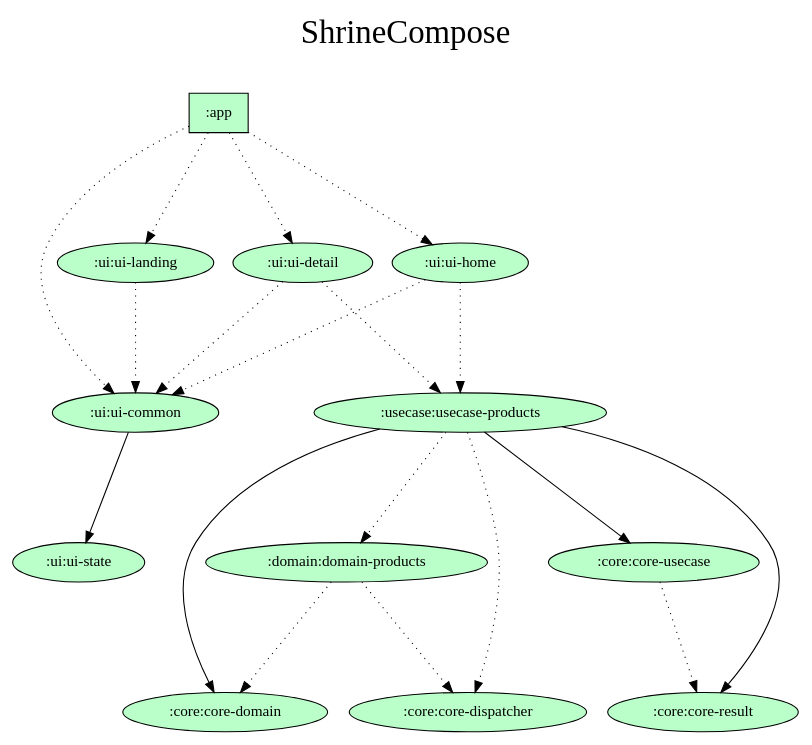
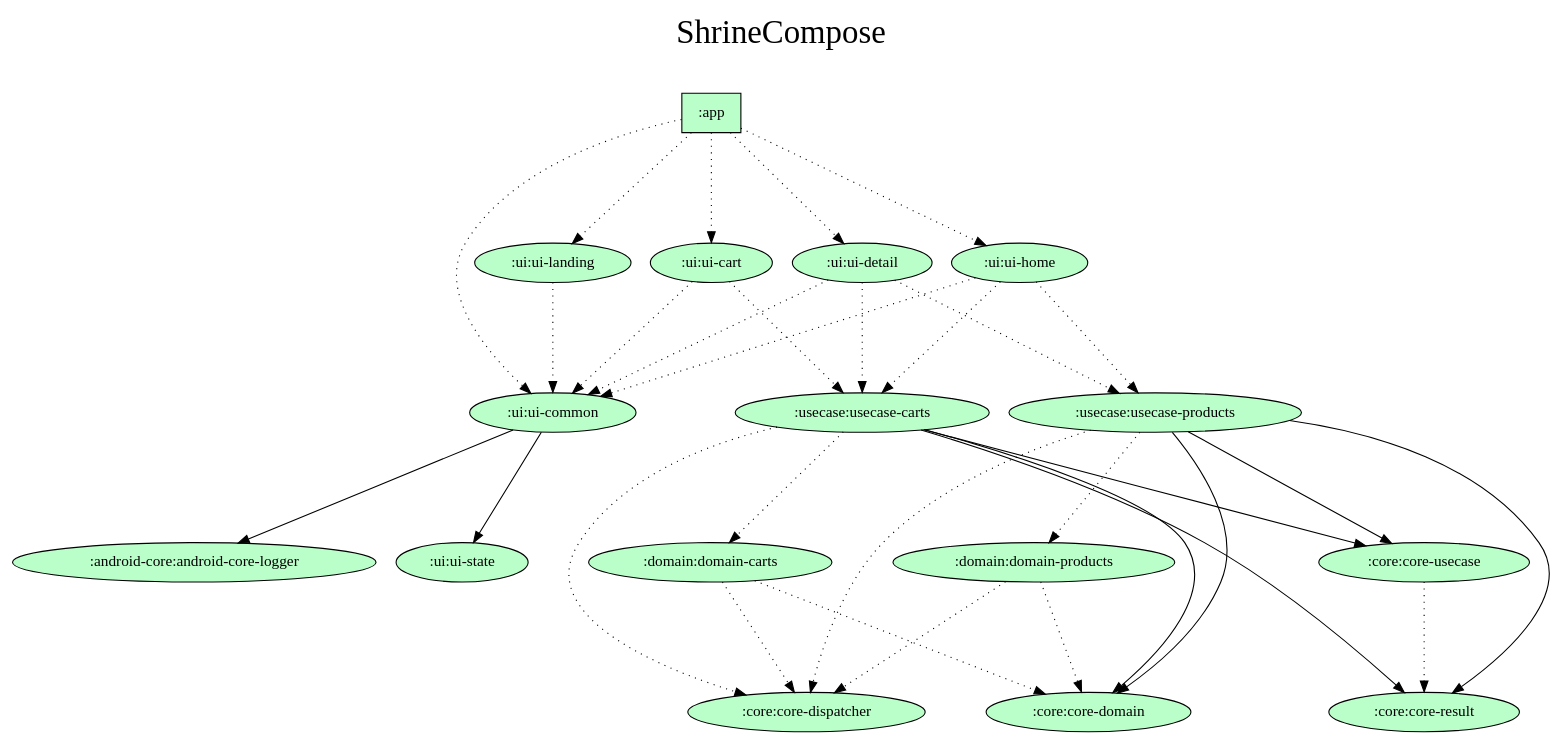
One commit to android-tut-study/jetpack-compose-template changed the diagram in gradle/dependency-graph/project.dot. Above: the diagram before and after it, drawn with Graphviz. The commit also changed 1 other file, not shown here.

Commit message:
Update dependency graph

```diff
--- a/gradle/dependency-graph/project.dot
+++ b/gradle/dependency-graph/project.dot
@@ -1,43 +1,60 @@
 digraph {
   graph [label="ShrineCompose\n ",labelloc=t,fontsize=30,ranksep=1.4];
   node [style=filled, fillcolor="#bbbbbb"];
   rankdir=TB;
 
   # Projects
 
+  ":android-core:android-core-logger" [fillcolor="#baffc9"];
   ":app" [shape=box, fillcolor="#baffc9"];
   ":core:core-dispatcher" [fillcolor="#baffc9"];
   ":core:core-domain" [fillcolor="#baffc9"];
   ":core:core-result" [fillcolor="#baffc9"];
   ":core:core-usecase" [fillcolor="#baffc9"];
+  ":domain:domain-carts" [fillcolor="#baffc9"];
   ":domain:domain-products" [fillcolor="#baffc9"];
+  ":ui:ui-cart" [fillcolor="#baffc9"];
   ":ui:ui-common" [fillcolor="#baffc9"];
   ":ui:ui-detail" [fillcolor="#baffc9"];
   ":ui:ui-home" [fillcolor="#baffc9"];
   ":ui:ui-landing" [fillcolor="#baffc9"];
   ":ui:ui-state" [fillcolor="#baffc9"];
+  ":usecase:usecase-carts" [fillcolor="#baffc9"];
   ":usecase:usecase-products" [fillcolor="#baffc9"];
 
   {rank = same; ":app";}
 
   # Dependencies
 
   ":app" -> ":ui:ui-common" [style=dotted]
   ":app" -> ":ui:ui-landing" [style=dotted]
   ":app" -> ":ui:ui-home" [style=dotted]
   ":app" -> ":ui:ui-detail" [style=dotted]
+  ":app" -> ":ui:ui-cart" [style=dotted]
   ":core:core-usecase" -> ":core:core-result" [style=dotted]
+  ":domain:domain-carts" -> ":core:core-domain" [style=dotted]
+  ":domain:domain-carts" -> ":core:core-dispatcher" [style=dotted]
   ":domain:domain-products" -> ":core:core-domain" [style=dotted]
   ":domain:domain-products" -> ":core:core-dispatcher" [style=dotted]
+  ":ui:ui-cart" -> ":ui:ui-common" [style=dotted]
+  ":ui:ui-cart" -> ":usecase:usecase-carts" [style=dotted]
   ":ui:ui-common" -> ":ui:ui-state"
+  ":ui:ui-common" -> ":android-core:android-core-logger"
   ":ui:ui-detail" -> ":ui:ui-common" [style=dotted]
   ":ui:ui-detail" -> ":usecase:usecase-products" [style=dotted]
+  ":ui:ui-detail" -> ":usecase:usecase-carts" [style=dotted]
   ":ui:ui-home" -> ":ui:ui-common" [style=dotted]
   ":ui:ui-home" -> ":usecase:usecase-products" [style=dotted]
+  ":ui:ui-home" -> ":usecase:usecase-carts" [style=dotted]
   ":ui:ui-landing" -> ":ui:ui-common" [style=dotted]
+  ":usecase:usecase-carts" -> ":core:core-usecase"
+  ":usecase:usecase-carts" -> ":core:core-result"
+  ":usecase:usecase-carts" -> ":core:core-domain"
+  ":usecase:usecase-carts" -> ":core:core-dispatcher" [style=dotted]
+  ":usecase:usecase-carts" -> ":domain:domain-carts" [style=dotted]
   ":usecase:usecase-products" -> ":core:core-usecase"
   ":usecase:usecase-products" -> ":core:core-result"
   ":usecase:usecase-products" -> ":core:core-domain"
   ":usecase:usecase-products" -> ":core:core-dispatcher" [style=dotted]
   ":usecase:usecase-products" -> ":domain:domain-products" [style=dotted]
 }
```
